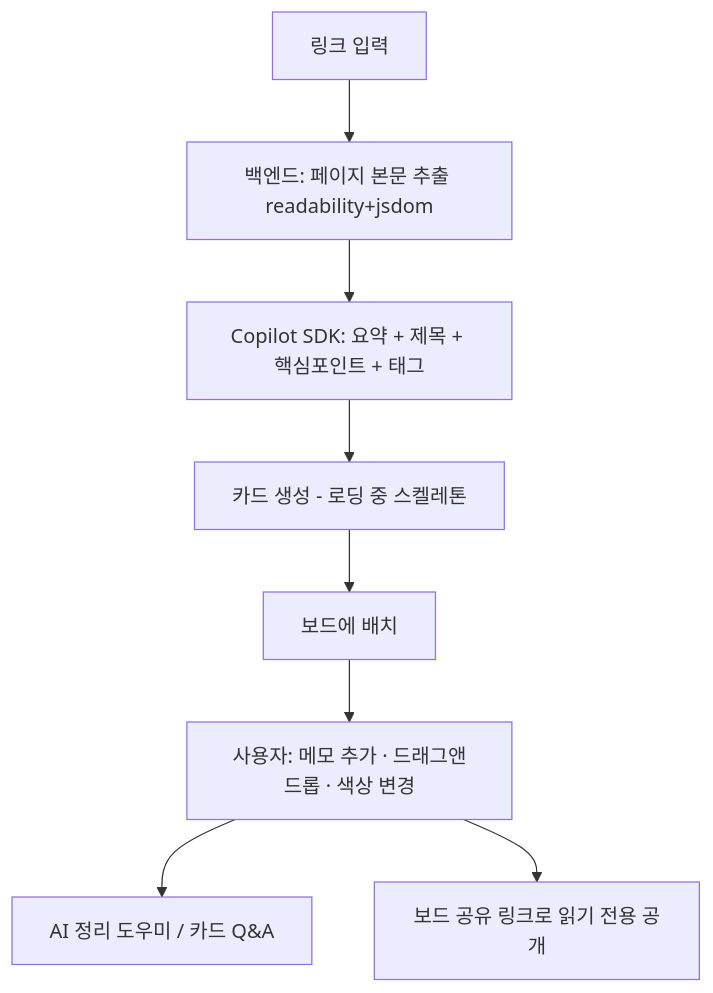
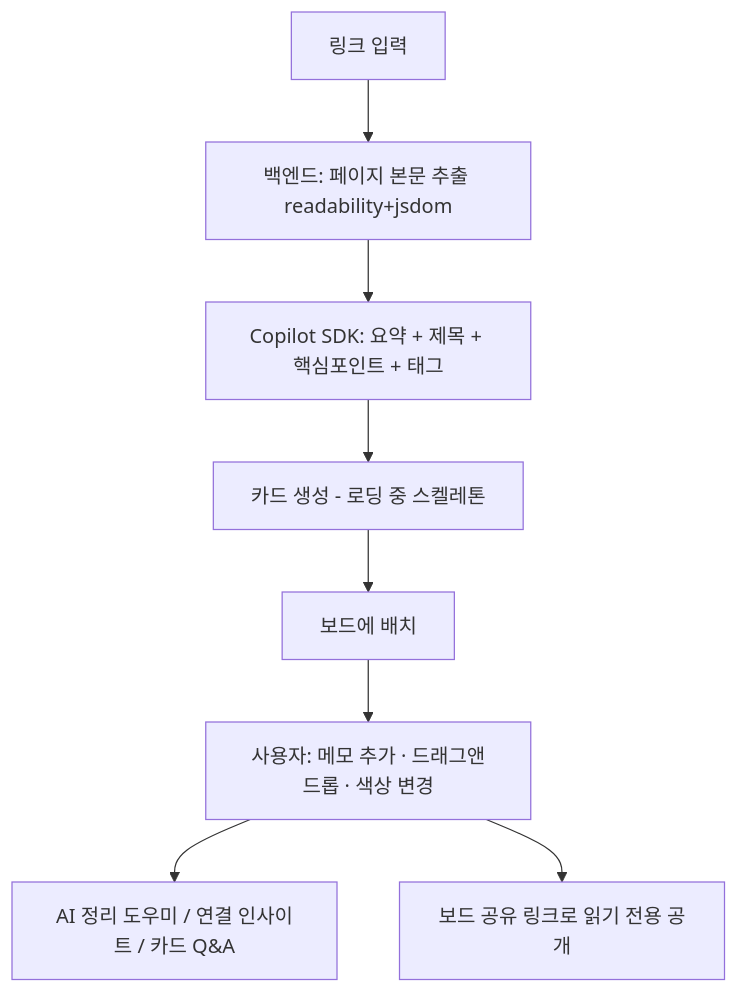
Before and after one commit to SmileJune/lipcoding: the first of 3 diagrams in PRD.md, drawn with Mermaid. The commit also changed other lines of this file and 23 other files, not shown here.

````diff
--- a/PRD.md
+++ b/PRD.md
@@ -97,10 +98,10 @@
 ```mermaid
 flowchart TD
     A[링크 입력] --> B[백엔드: 페이지 본문 추출 readability+jsdom]
     B --> C[Copilot SDK: 요약 + 제목 + 핵심포인트 + 태그]
     C --> D[카드 생성 - 로딩 중 스켈레톤]
     D --> E[보드에 배치]
     E --> F[사용자: 메모 추가 · 드래그앤드롭 · 색상 변경]
-    F --> G[AI 정리 도우미 / 카드 Q&A]
+    F --> G[AI 정리 도우미 / 연결 인사이트 / 카드 Q&A]
     F --> H[보드 공유 링크로 읽기 전용 공개]
 ```
````
